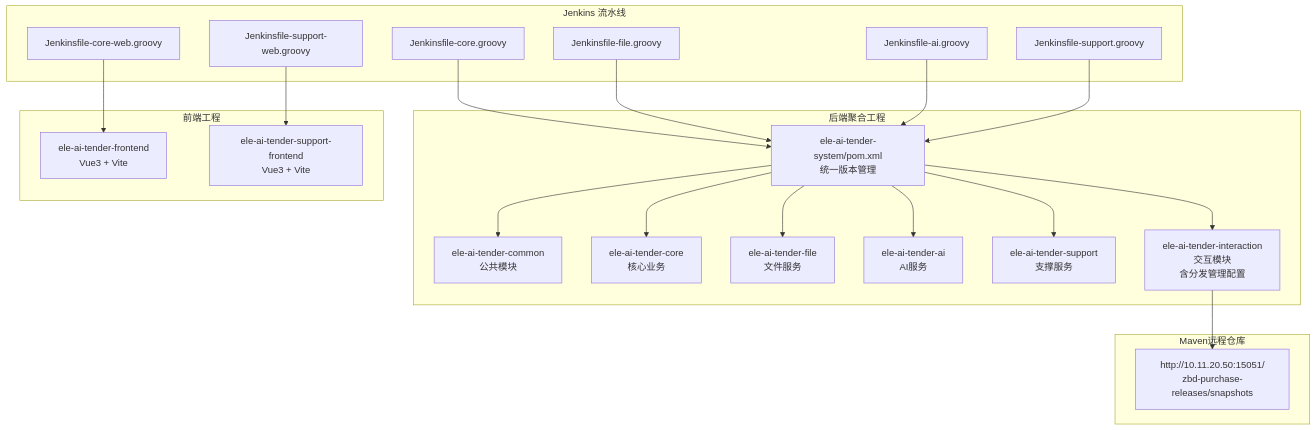
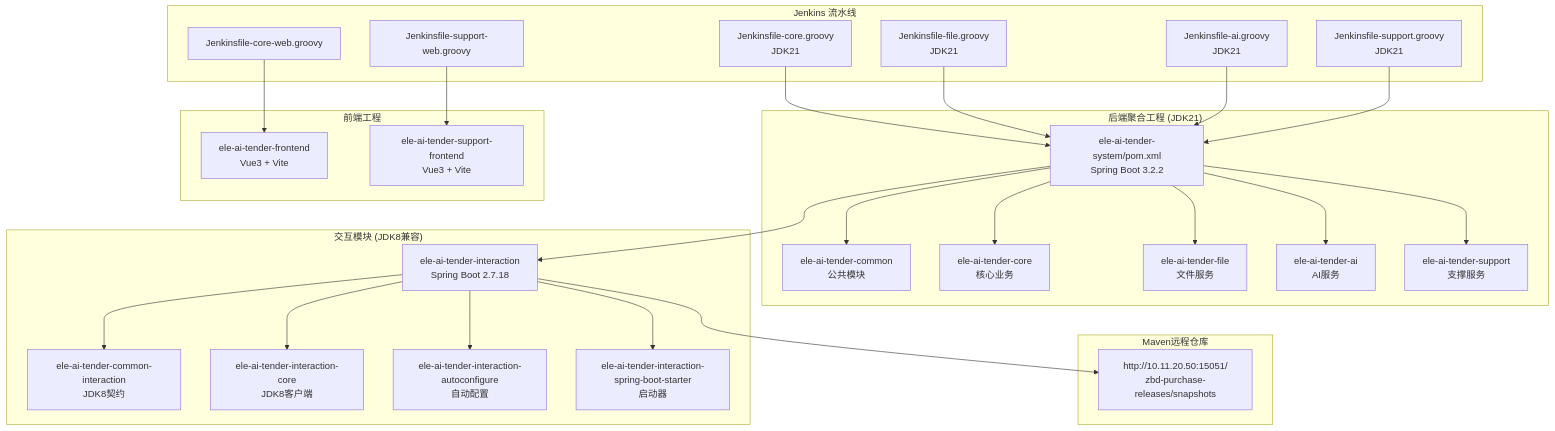
Before and after one commit to DrunkFood/First: the first of 7 diagrams in .qoder/repowiki/zh/content/部署运维/CI_CD流水线.md, drawn with Mermaid. The commit also changed other lines of this file and 77 other files, not shown here.

````diff
--- a/.qoder/repowiki/zh/content/部署运维/CI_CD流水线.md
+++ b/.qoder/repowiki/zh/content/部署运维/CI_CD流水线.md
@@ -47,40 +51,50 @@
 ```mermaid
 graph TB
 subgraph "Jenkins 流水线"
-JCore["Jenkinsfile-core.groovy"]
-JFile["Jenkinsfile-file.groovy"]
-JAI["Jenkinsfile-ai.groovy"]
-JSupport["Jenkinsfile-support.groovy"]
+JCore["Jenkinsfile-core.groovy<br/>JDK21"]
+JFile["Jenkinsfile-file.groovy<br/>JDK21"]
+JAI["Jenkinsfile-ai.groovy<br/>JDK21"]
+JSupport["Jenkinsfile-support.groovy<br/>JDK21"]
 JWeb["Jenkinsfile-core-web.groovy"]
 JSWeb["Jenkinsfile-support-web.groovy"]
 end
-subgraph "后端聚合工程"
-POM["ele-ai-tender-system/pom.xml<br/>统一版本管理"]
+subgraph "后端聚合工程 (JDK21)"
+POM["ele-ai-tender-system/pom.xml<br/>Spring Boot 3.2.2"]
 Common["ele-ai-tender-common<br/>公共模块"]
 Core["ele-ai-tender-core<br/>核心业务"]
 File["ele-ai-tender-file<br/>文件服务"]
 AI["ele-ai-tender-ai<br/>AI服务"]
 Support["ele-ai-tender-support<br/>支撑服务"]
-Interaction["ele-ai-tender-interaction<br/>交互模块<br/>含分发管理配置"]
+end
+subgraph "交互模块 (JDK8兼容)"
+Interaction["ele-ai-tender-interaction<br/>Spring Boot 2.7.18"]
+CommonInt["ele-ai-tender-common-interaction<br/>JDK8契约"]
+CoreInt["ele-ai-tender-interaction-core<br/>JDK8客户端"]
+AutoConf["ele-ai-tender-interaction-autoconfigure<br/>自动配置"]
+Starter["ele-ai-tender-interaction-spring-boot-starter<br/>启动器"]
 end
 subgraph "前端工程"
 FE1["ele-ai-tender-frontend<br/>Vue3 + Vite"]
 FE2["ele-ai-tender-support-frontend<br/>Vue3 + Vite"]
 end
 subgraph "Maven远程仓库"
 Repo["http://10.11.20.50:15051/<br/>zbd-purchase-releases/snapshots"]
 end
 JCore --> POM
 JFile --> POM
 JAI --> POM
 JSupport --> POM
 JWeb --> FE1
 JSWeb --> FE2
 POM --> Common
 POM --> Core
 POM --> File
 POM --> AI
 POM --> Support
 POM --> Interaction
+Interaction --> CommonInt
+Interaction --> CoreInt
+Interaction --> AutoConf
+Interaction --> Starter
 Interaction --> Repo
 ```
````
